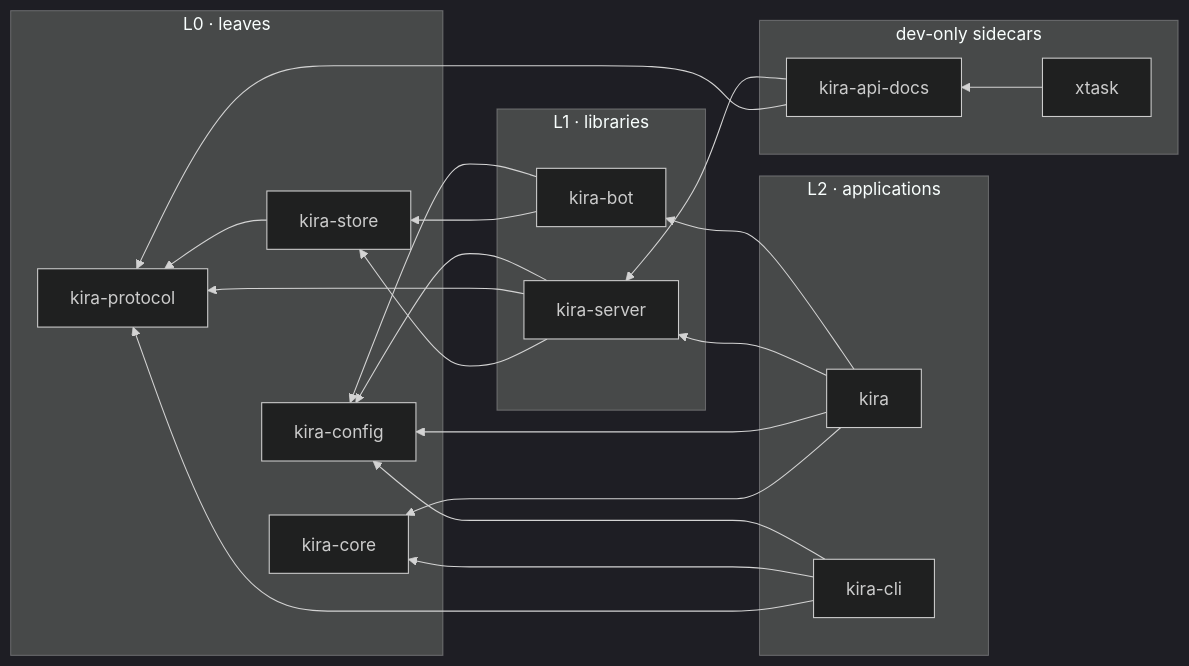
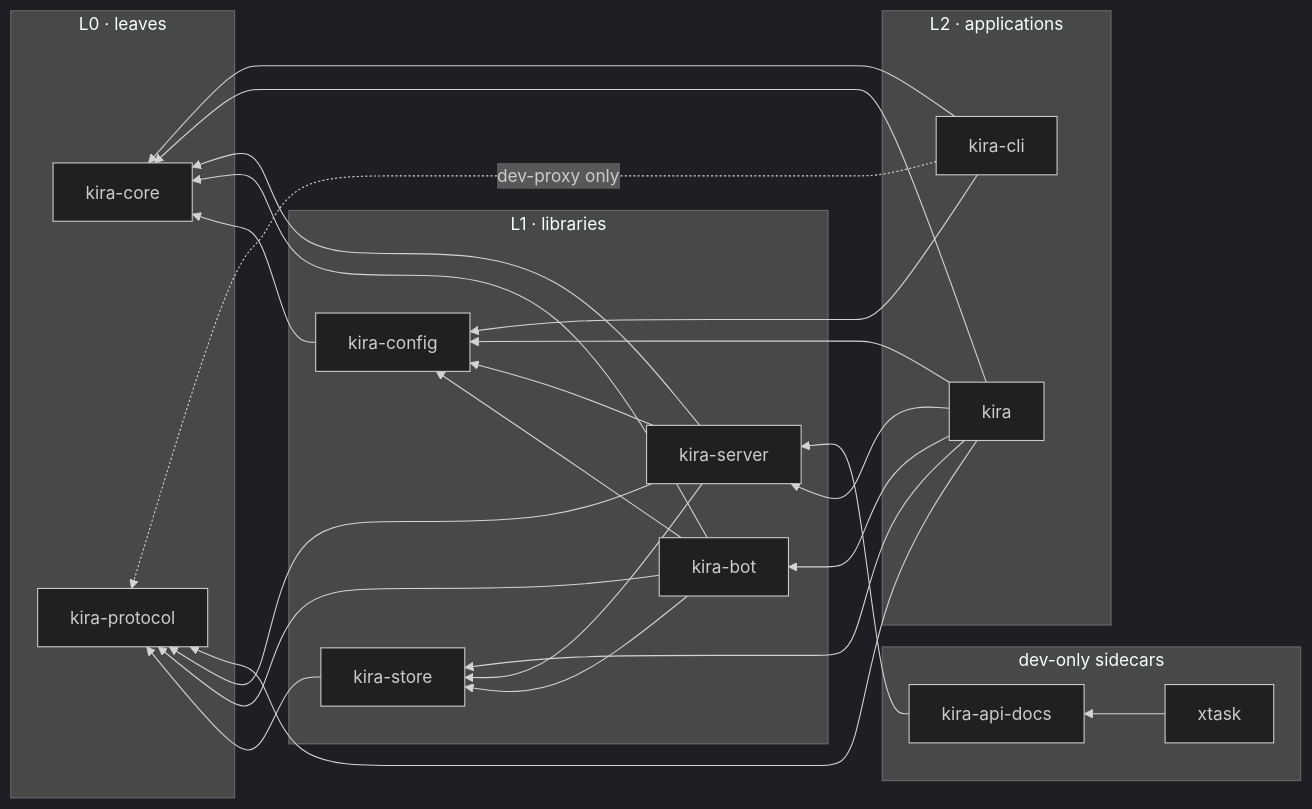
The second of 2 diagrams in docs/ARCHITECTURE.md (merzen-sh/kira), drawn with Mermaid (dark theme) before and after one commit. The commit also changed other lines of this file and 5 other files, not shown here.

````diff
--- a/docs/ARCHITECTURE.md
+++ b/docs/ARCHITECTURE.md
@@ -90,43 +93,51 @@
 ```mermaid
 flowchart RL
     subgraph L0["L0 · leaves"]
         CORE["kira-core"]
-        CONFIG["kira-config"]
         PROTOCOL["kira-protocol"]
-        STORE["kira-store"]
     end
 
     subgraph L1["L1 · libraries"]
+        CONFIG["kira-config"]
+        STORE["kira-store"]
         BOT["kira-bot"]
         SERVER["kira-server"]
     end
 
     subgraph L2["L2 · applications"]
         KIRA["kira"]
         CLI["kira-cli"]
     end
 
     subgraph DEV["dev-only sidecars"]
         DOCS["kira-api-docs"]
         XTASK["xtask"]
     end
 
+    CONFIG --> CORE
+    STORE --> PROTOCOL
+
     BOT --> CONFIG
+    BOT --> CORE
+    BOT --> PROTOCOL
+    BOT --> STORE
+
     SERVER --> CONFIG
+    SERVER --> CORE
     SERVER --> PROTOCOL
-    BOT --> STORE
     SERVER --> STORE
-    STORE --> PROTOCOL
 
     KIRA --> BOT
     KIRA --> SERVER
     KIRA --> CONFIG
     KIRA --> CORE
+    KIRA --> PROTOCOL
+    KIRA --> STORE
+
     CLI --> CONFIG
     CLI --> CORE
-    CLI --> PROTOCOL
+    CLI -.->|"dev-proxy only"| PROTOCOL
 
     DOCS --> SERVER
-    DOCS --> PROTOCOL
     XTASK --> DOCS
 ```
````
